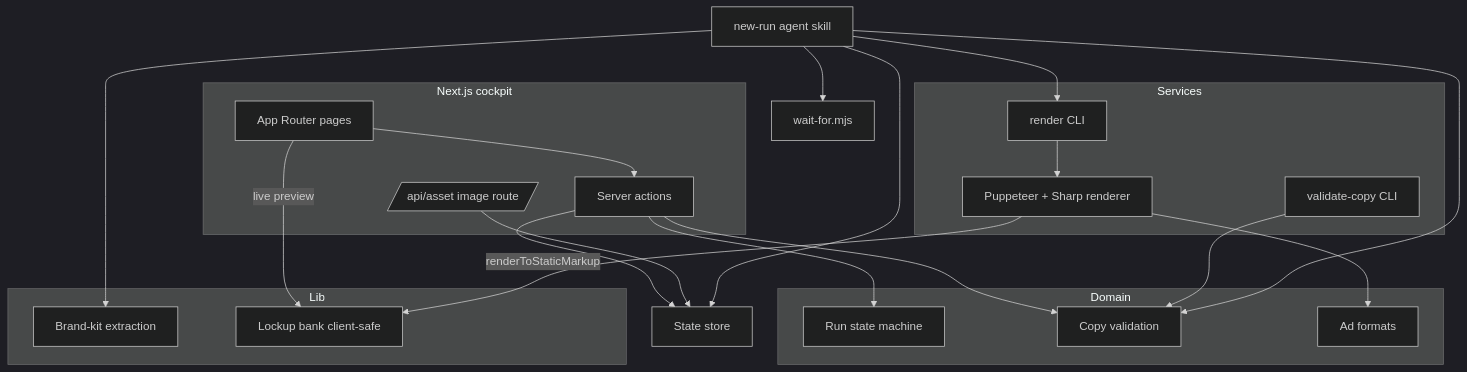
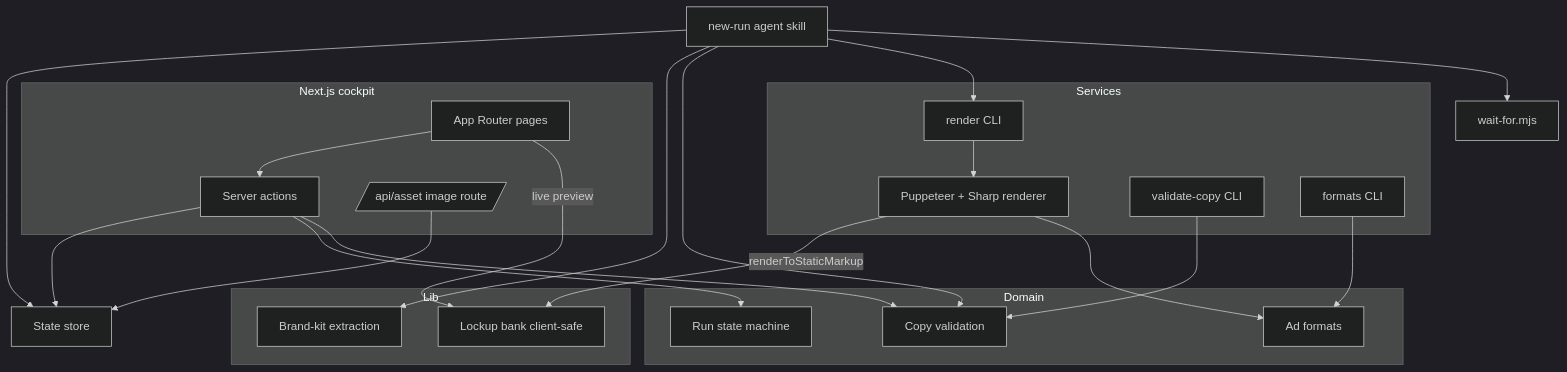
The second of 2 diagrams in docs/architecture/overview.md (jfa94/asset-generator), drawn with Mermaid (dark theme) before and after one commit. The commit also changed other lines of this file and 10 other files, not shown here.

````diff
--- a/docs/architecture/overview.md
+++ b/docs/architecture/overview.md
@@ -59,41 +59,43 @@
 ```mermaid
 graph TD
     subgraph Cockpit[Next.js cockpit]
         Pages[App Router pages]
         Actions[Server actions]
         AssetAPI[/api/asset image route/]
     end
     Store[State store]
     subgraph DomainLayer[Domain]
         RunFsm[Run state machine]
         CopyVal[Copy validation]
         Formats[Ad formats]
     end
     subgraph LibLayer[Lib]
         BrandKit[Brand-kit extraction]
         Lockups[Lockup bank client-safe]
     end
     subgraph Services[Services]
         Render[Puppeteer + Sharp renderer]
         RenderCLI[render CLI]
         CopyCLI[validate-copy CLI]
+        FormatsCLI[formats CLI]
     end
     Skill[new-run agent skill]
     Wait[wait-for.mjs]
 
     Pages --> Actions
     Pages -->|live preview| Lockups
     Actions --> Store
     Actions --> RunFsm
     Actions --> CopyVal
     AssetAPI --> Store
     RenderCLI --> Render
     CopyCLI --> CopyVal
+    FormatsCLI --> Formats
     Render -->|renderToStaticMarkup| Lockups
     Render --> Formats
     Skill --> Store
     Skill --> BrandKit
     Skill --> CopyVal
     Skill --> RenderCLI
     Skill --> Wait
 ```
````
